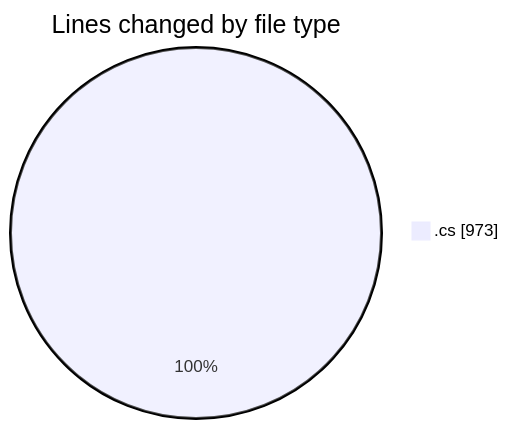
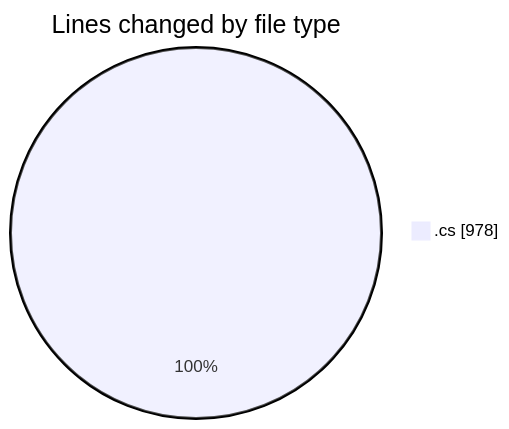
The first of 2 diagrams in 2025-03-13/back-end/README.md (Netris89/code-tracking), drawn with Mermaid before and after one commit. The commit also changed other lines of this file and 1 other file, not shown here.

````diff
--- a/2025-03-13/back-end/README.md
+++ b/2025-03-13/back-end/README.md
@@ -27,5 +27,5 @@
 ```mermaid
 pie showData
 title Lines changed by file type
-".cs" : 973
+".cs" : 978
 ```
````
